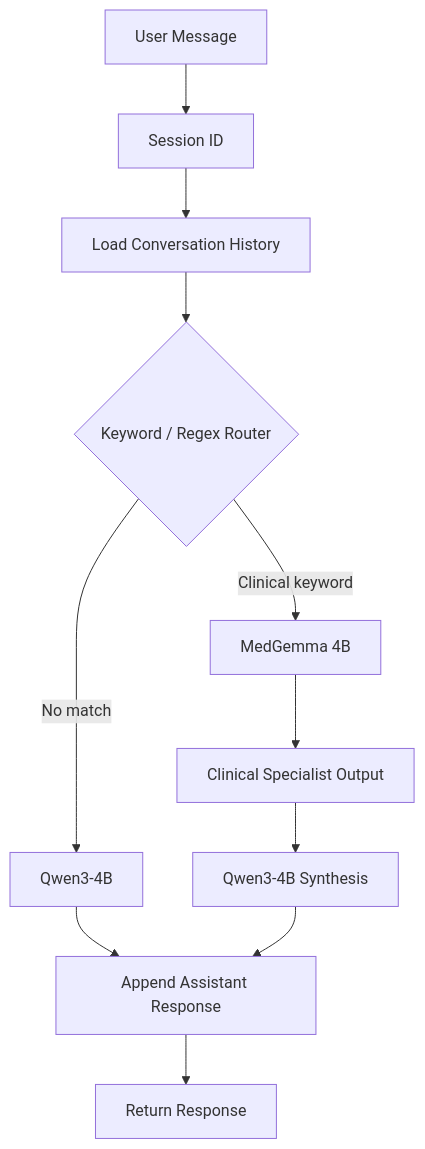
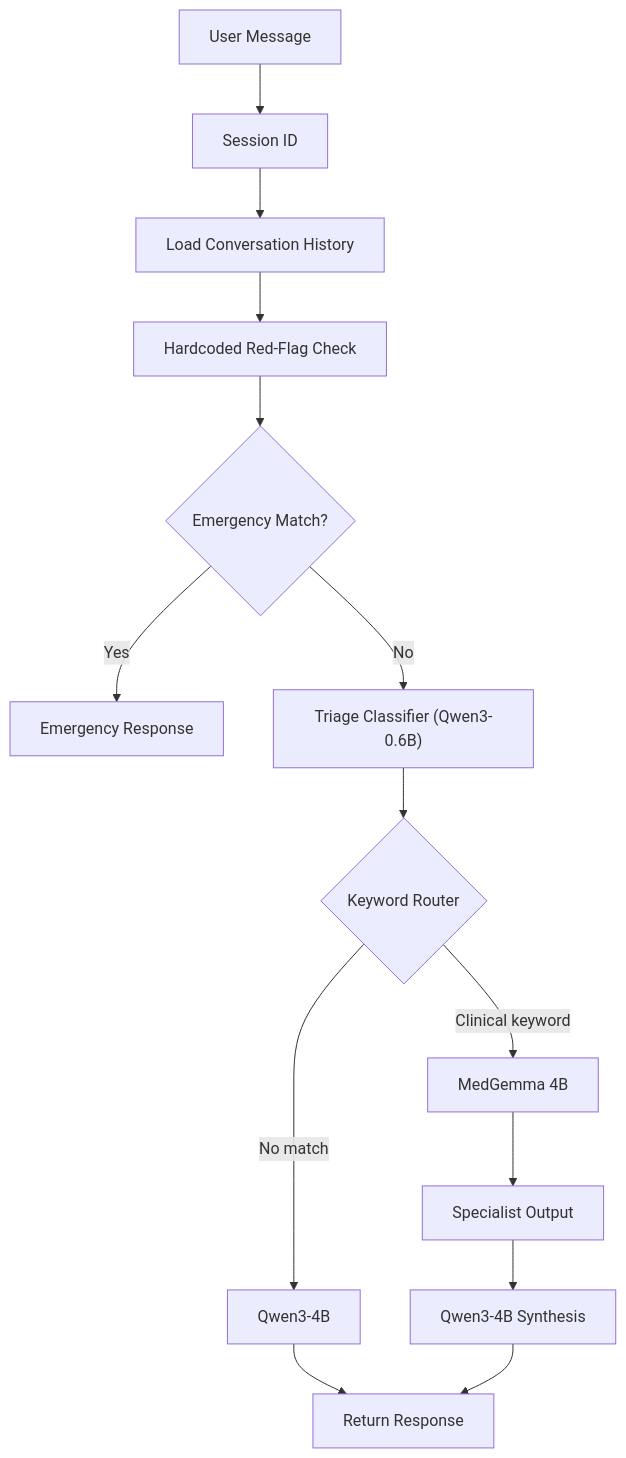
One commit to theruderaw/medgemma-agent changed the diagram in README.md. Above: the diagram before and after it, drawn with Mermaid. The commit also changed other lines of this file and 27 other files, not shown here.

````diff
--- a/README.md
+++ b/README.md
@@ -13,25 +18,32 @@
 ```mermaid
 flowchart TD
     USER["User Message"]
     SESSION["Session ID"]
     LOAD["Load Conversation History"]
-    ROUTER{"Keyword / Regex Router"}
+    SAFETY["Hardcoded Red-Flag Check"]
+    EMERGENCY{"Emergency Match?"}
+    EMERGENCY_RESPONSE["Emergency Response"]
+    TRIAGE["Triage Classifier (Qwen3-0.6B)"]
+    ROUTER{"Keyword Router"}
     QWEN["Qwen3-4B"]
     MED["MedGemma 4B"]
-    CONTEXT["Clinical Specialist Output"]
+    CONTEXT["Specialist Output"]
     SYNTH["Qwen3-4B Synthesis"]
-    APPEND["Append Assistant Response"]
     RESPONSE["Return Response"]
 
     USER --> SESSION
     SESSION --> LOAD
-    LOAD --> ROUTER
+    LOAD --> SAFETY
+    SAFETY --> EMERGENCY
+
+    EMERGENCY -->|"Yes"| EMERGENCY_RESPONSE
+    EMERGENCY -->|"No"| TRIAGE
+    TRIAGE --> ROUTER
 
     ROUTER -->|"No match"| QWEN
     ROUTER -->|"Clinical keyword"| MED
     MED --> CONTEXT
     CONTEXT --> SYNTH
-    QWEN --> APPEND
-    SYNTH --> APPEND
-    APPEND --> RESPONSE
+    QWEN --> RESPONSE
+    SYNTH --> RESPONSE
 ```
````
